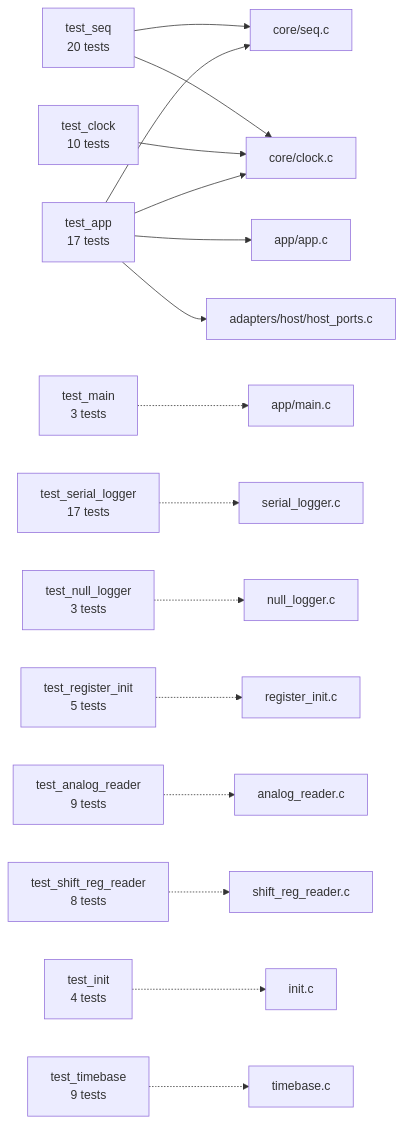
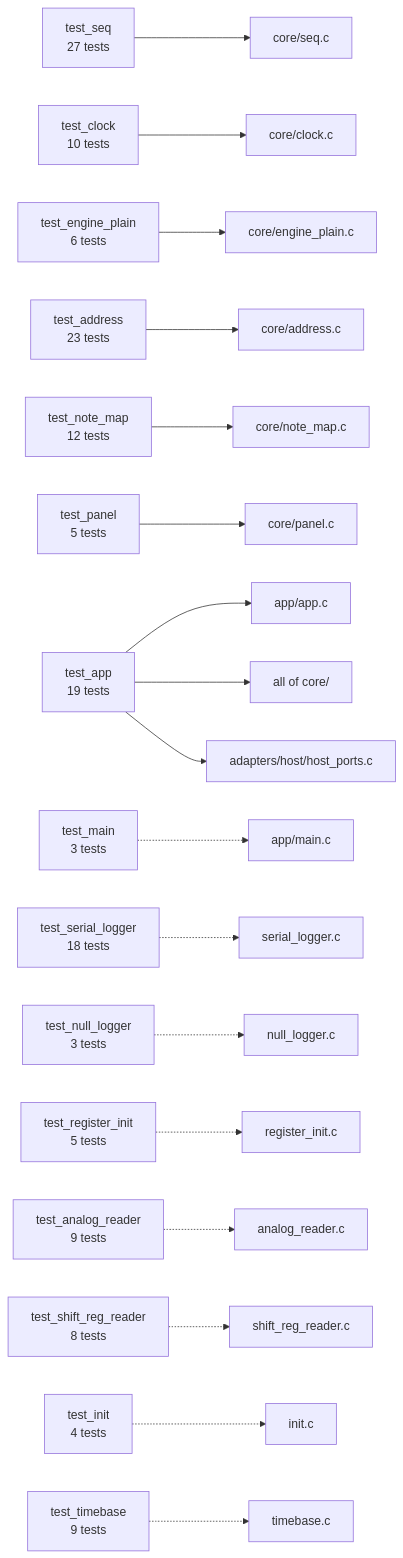
One commit to BonelessPig/nano_sequencer changed diagram 15 of 19 in docs/ARCHITECTURE.md. Above: the diagram before and after it, drawn with Mermaid. The commit also changed other lines of this file and 33 other files, not shown here.

````diff
--- a/docs/ARCHITECTURE.md
+++ b/docs/ARCHITECTURE.md
@@ -466,18 +543,20 @@
 ```mermaid
 flowchart LR
-    t_seq["test_seq<br/>20 tests"] --> seq["core/seq.c"]
-    t_seq --> clock["core/clock.c"]
-    t_clock["test_clock<br/>10 tests"] --> clock
-    t_app["test_app<br/>17 tests"] --> app["app/app.c"]
-    t_app --> seq
-    t_app --> clock
+    t_seq["test_seq<br/>27 tests"] --> seq["core/seq.c"]
+    t_clock["test_clock<br/>10 tests"] --> clock["core/clock.c"]
+    t_engine["test_engine_plain<br/>6 tests"] --> engine["core/engine_plain.c"]
+    t_address["test_address<br/>23 tests"] --> address["core/address.c"]
+    t_note["test_note_map<br/>12 tests"] --> note["core/note_map.c"]
+    t_panel["test_panel<br/>5 tests"] --> panel["core/panel.c"]
+    t_app["test_app<br/>19 tests"] --> app["app/app.c"]
+    t_app --> core["all of core/"]
     t_app --> hostp["adapters/host/host_ports.c"]
     t_main["test_main<br/>3 tests"] -.-> mainc["app/main.c"]
-    t_ser["test_serial_logger<br/>17 tests"] -.-> ser["serial_logger.c"]
+    t_ser["test_serial_logger<br/>18 tests"] -.-> ser["serial_logger.c"]
     t_null["test_null_logger<br/>3 tests"] -.-> nul["null_logger.c"]
     t_reg["test_register_init<br/>5 tests"] -.-> reg["register_init.c"]
     t_adc["test_analog_reader<br/>9 tests"] -.-> adc["analog_reader.c"]
     t_shift["test_shift_reg_reader<br/>8 tests"] -.-> shift["shift_reg_reader.c"]
     t_init["test_init<br/>4 tests"] -.-> init["init.c"]
     t_time["test_timebase<br/>9 tests"] -.-> time["timebase.c"]
 ```
````
